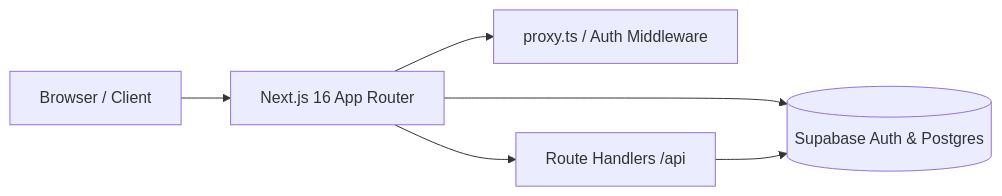
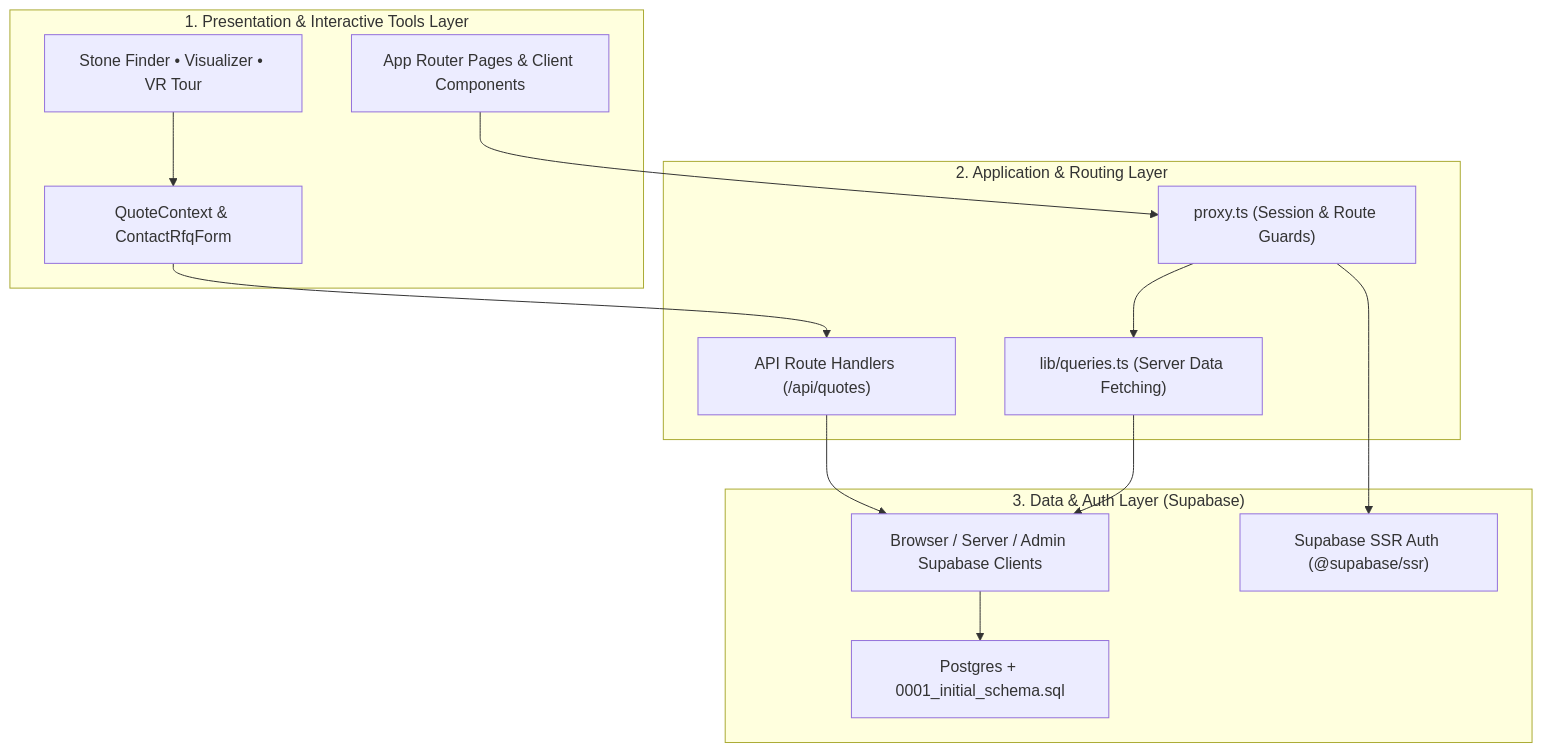
Before and after one commit to islamsamyy/maadi-website: the diagram in README.md, drawn with Mermaid. The commit also changed other lines of this file, not shown here.

Commit message:
docs: expand architecture layers, functionality, and business opportunities

````diff
--- a/README.md
+++ b/README.md
@@ -28,8 +14,24 @@
 ```mermaid
-flowchart LR
-    User[Browser / Client] --> NextApp[Next.js 16 App Router]
-    NextApp --> Proxy[proxy.ts / Auth Middleware]
-    NextApp --> API[Route Handlers /api]
-    NextApp --> Supabase[(Supabase Auth & Postgres)]
-    API --> Supabase
+flowchart TB
+    subgraph L1["1. Presentation & Interactive Tools Layer"]
+        UI["App Router Pages & Client Components"]
+        Tools["Stone Finder • Visualizer • VR Tour"]
+        QuoteUI["QuoteContext & ContactRfqForm"]
+    end
+
+    subgraph L2["2. Application & Routing Layer"]
+        Proxy["proxy.ts (Session & Route Guards)"]
+        API["API Route Handlers (/api/quotes)"]
+        Queries["lib/queries.ts (Server Data Fetching)"]
+    end
+
+    subgraph L3["3. Data & Auth Layer (Supabase)"]
+        SupaClient["Browser / Server / Admin Supabase Clients"]
+        DB["Postgres + 0001_initial_schema.sql"]
+        Auth["Supabase SSR Auth (@supabase/ssr)"]
+    end
+
+    UI --> Proxy --> Queries --> SupaClient --> DB
+    Tools --> QuoteUI --> API --> SupaClient
+    Proxy --> Auth
 ```
````
